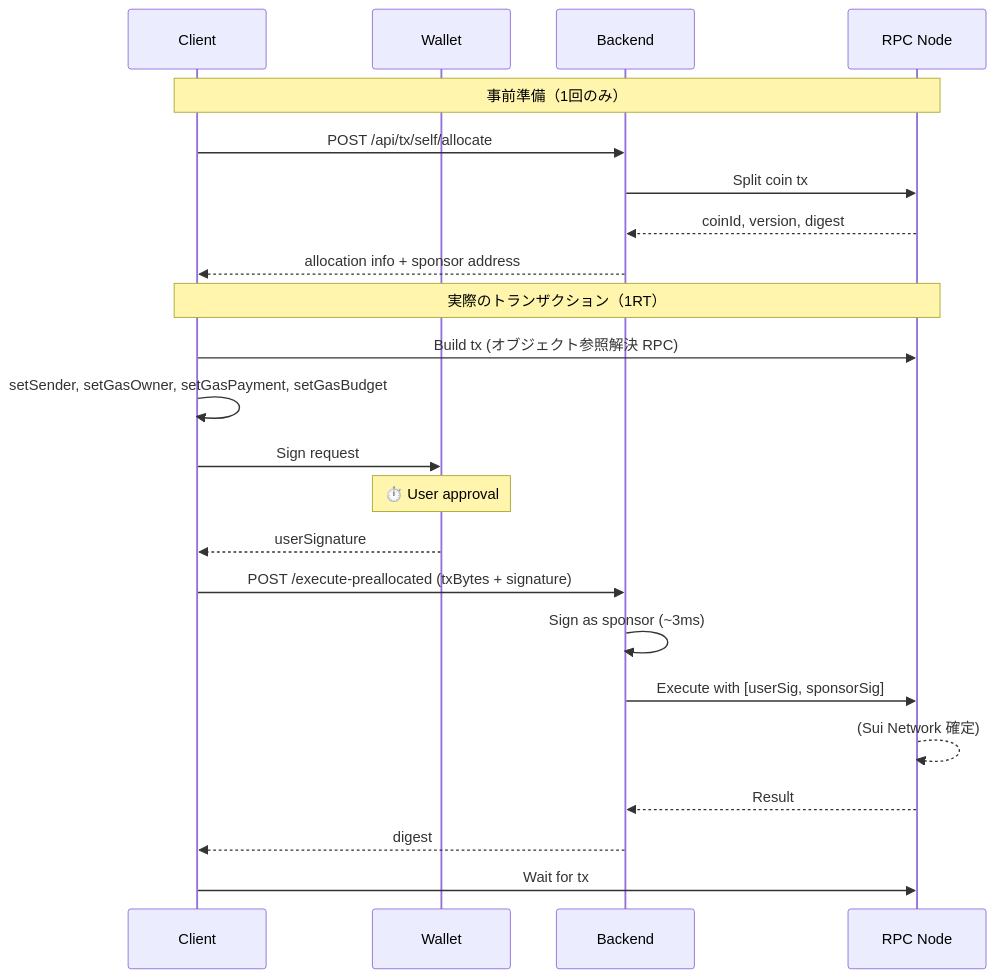
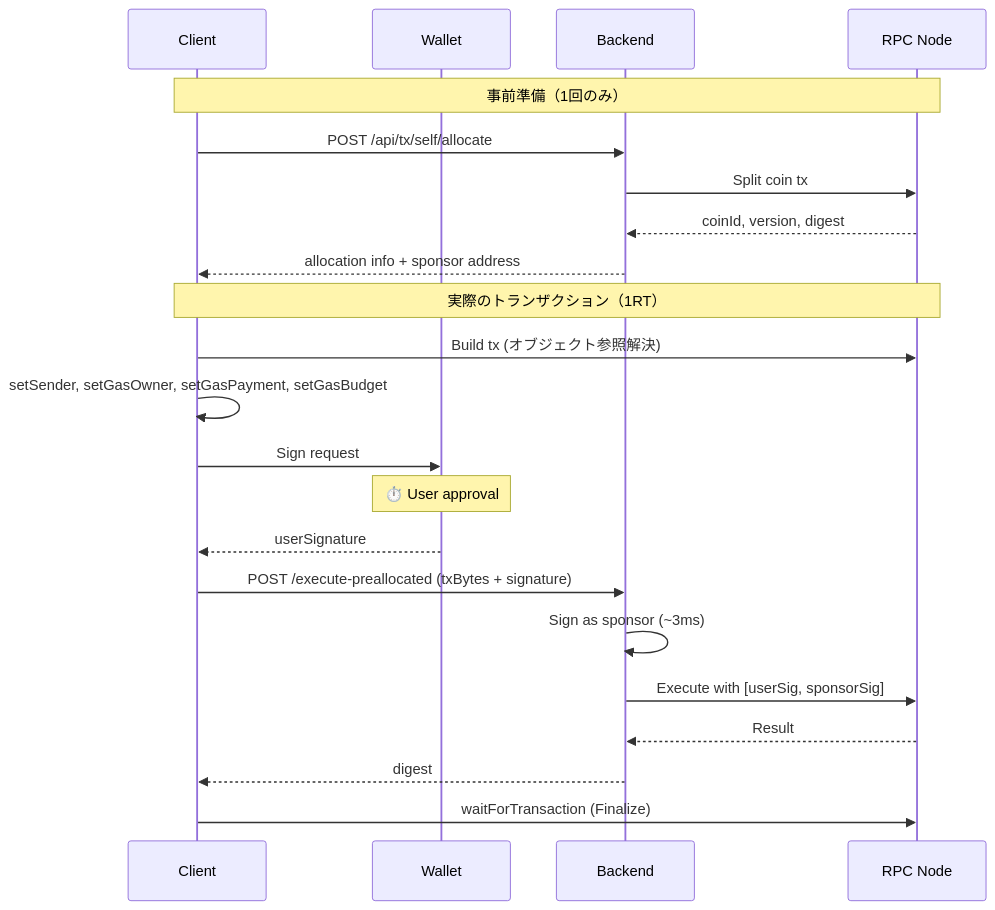
The first of 2 diagrams in sui/docs/sponsored-transaction.md (fuyutarow/counters), drawn with Mermaid before and after one commit. The commit also changed other lines of this file and 5 other files, not shown here.

````diff
--- a/sui/docs/sponsored-transaction.md
+++ b/sui/docs/sponsored-transaction.md
@@ -136,27 +156,26 @@
 ```mermaid
 sequenceDiagram
     participant C as Client
     participant W as Wallet
     participant B as Backend
     participant S as RPC Node
 
     Note over C,S: 事前準備（1回のみ）
     C->>B: POST /api/tx/self/allocate
     B->>S: Split coin tx
     S-->>B: coinId, version, digest
     B-->>C: allocation info + sponsor address
 
     Note over C,S: 実際のトランザクション（1RT）
-    C->>S: Build tx (オブジェクト参照解決 RPC)
+    C->>S: Build tx (オブジェクト参照解決)
     C->>C: setSender, setGasOwner, setGasPayment, setGasBudget
     C->>W: Sign request
     Note over W: ⏱️ User approval
     W-->>C: userSignature
     C->>B: POST /execute-preallocated (txBytes + signature)
     B->>B: Sign as sponsor (~3ms)
     B->>S: Execute with [userSig, sponsorSig]
-    S-->>S: (Sui Network 確定)
     S-->>B: Result
     B-->>C: digest
-    C->>S: Wait for tx
+    C->>S: waitForTransaction (Finalize)
 ```
````
